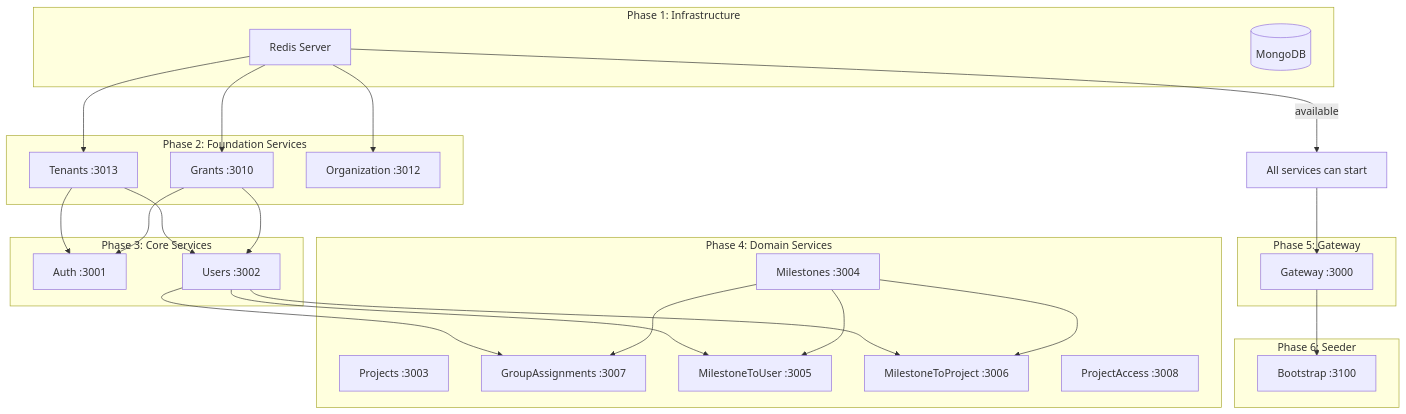
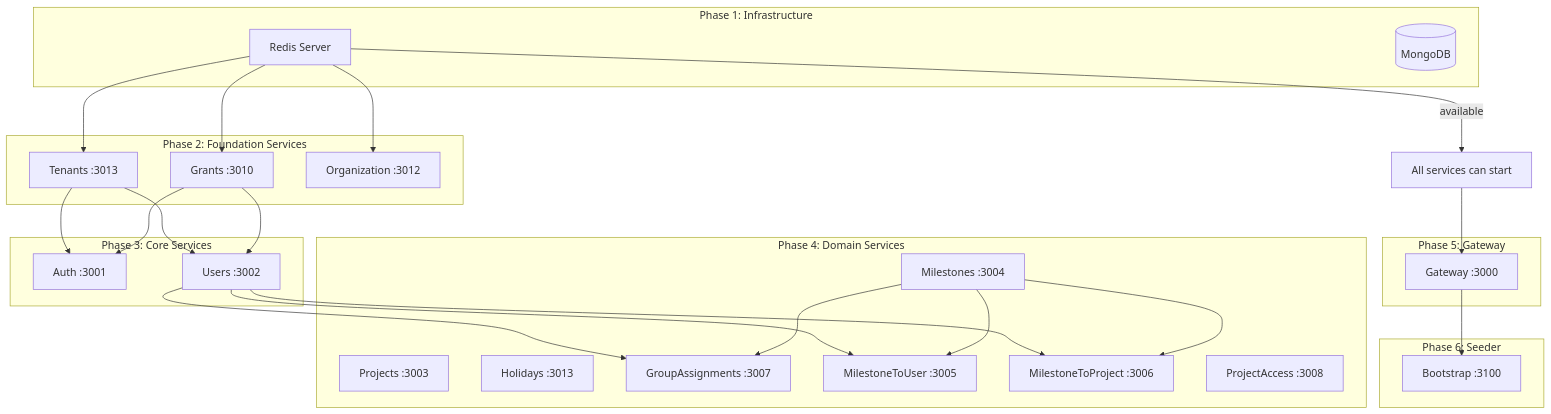
Before and after one commit to CucuProject/cucu-docs: the second of 3 diagrams in docs/architecture/startup.md, drawn with Mermaid. The commit also changed other lines of this file and 7 other files, not shown here.

````diff
--- a/docs/architecture/startup.md
+++ b/docs/architecture/startup.md
@@ -93,43 +93,44 @@
 ```mermaid
 flowchart TD
     REDIS[Redis Server] --> |available| ALL[All services can start]
     
     subgraph "Phase 1: Infrastructure"
         REDIS
         MONGODB[(MongoDB)]
     end
     
     subgraph "Phase 2: Foundation Services"
         TENANTS[Tenants :3013]
         GRANTS[Grants :3010]
         ORG[Organization :3012]
     end
     
     subgraph "Phase 3: Core Services"
         AUTH[Auth :3001]
         USERS[Users :3002]
     end
     
     subgraph "Phase 4: Domain Services"
         MILESTONES[Milestones :3004]
         PROJECTS[Projects :3003]
+        HOLIDAYS[Holidays :3013]
         GA[GroupAssignments :3007]
         M2U[MilestoneToUser :3005]
         M2P[MilestoneToProject :3006]
         PA[ProjectAccess :3008]
     end
     
     subgraph "Phase 5: Gateway"
         GW[Gateway :3000]
     end
     
     subgraph "Phase 6: Seeder"
         BOOTSTRAP[Bootstrap :3100]
     end
     
     REDIS --> TENANTS & GRANTS & ORG
     TENANTS & GRANTS --> AUTH & USERS
     USERS & MILESTONES --> M2U & M2P & GA
     ALL --> GW
     GW --> BOOTSTRAP
 ```
````
